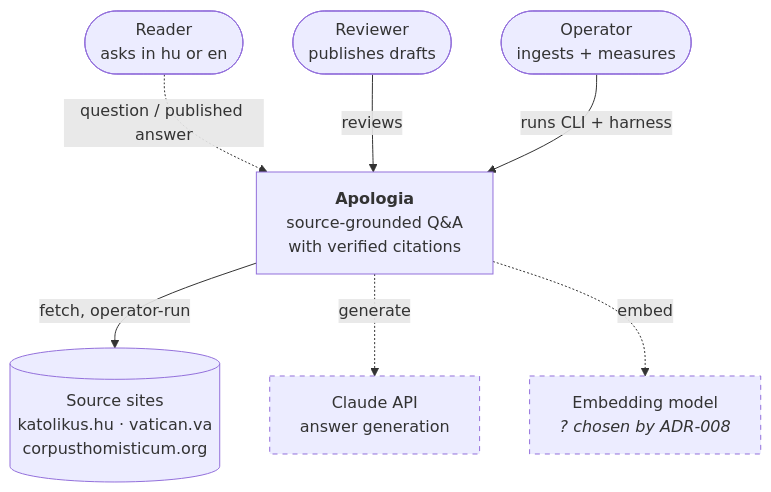
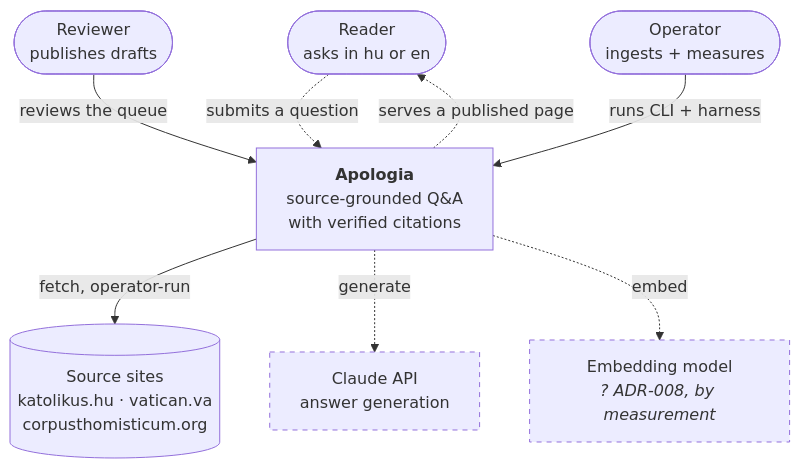
Before and after one commit to ancsingabor/apologia: the first of 2 diagrams in docs/guide/03-system-map.md, drawn with Mermaid. The commit also changed other lines of this file and 3 other files, not shown here.

First line of the commit message:
docs(guide/03): split the reader's arrow, and stop ADR-008 promising a decision it cannot make

````diff
--- a/docs/guide/03-system-map.md
+++ b/docs/guide/03-system-map.md
@@ -21,22 +21,23 @@
 ```mermaid
 flowchart TB
   reader(["Reader<br/>asks in hu or en"])
   reviewer(["Reviewer<br/>publishes drafts"])
   operator(["Operator<br/>ingests + measures"])
 
   apologia["<b>Apologia</b><br/>source-grounded Q&A<br/>with verified citations"]
 
   sources[("Source sites<br/>katolikus.hu · vatican.va<br/>corpusthomisticum.org")]
   claude["Claude API<br/>answer generation"]
-  embed["Embedding model<br/><i>? chosen by ADR-008</i>"]
+  embed["Embedding model<br/><i>? ADR-008, by measurement</i>"]
 
-  reader -.->|question / published answer| apologia
-  reviewer -->|reviews| apologia
+  reader -.->|submits a question| apologia
+  apologia -.->|serves a published page| reader
+  reviewer -->|reviews the queue| apologia
   operator -->|runs CLI + harness| apologia
   apologia -->|fetch, operator-run| sources
   apologia -.->|generate| claude
   apologia -.->|embed| embed
 
   classDef planned stroke-dasharray: 5 5
   class claude,embed planned
 ```
````
